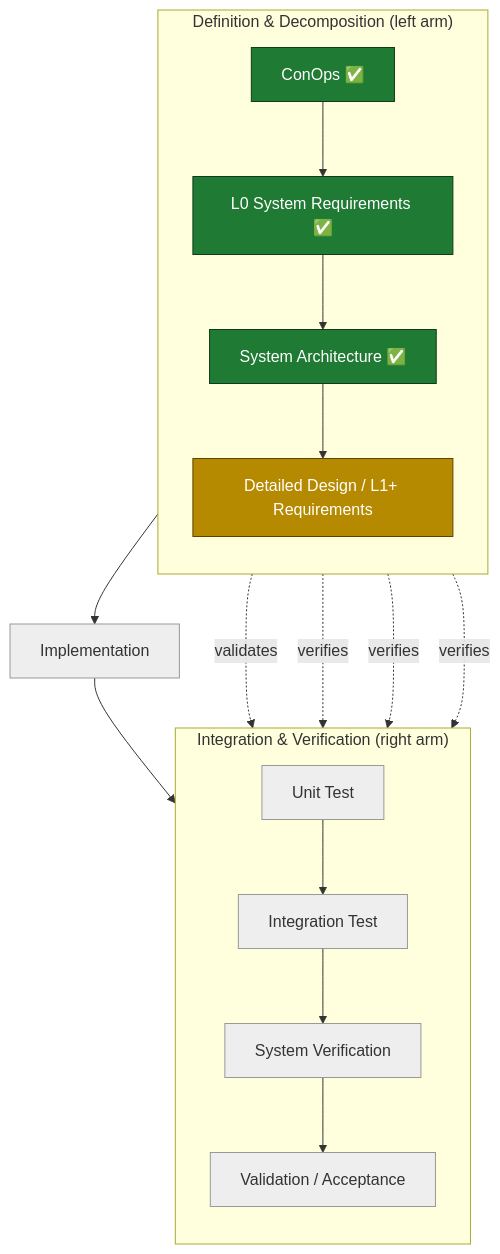
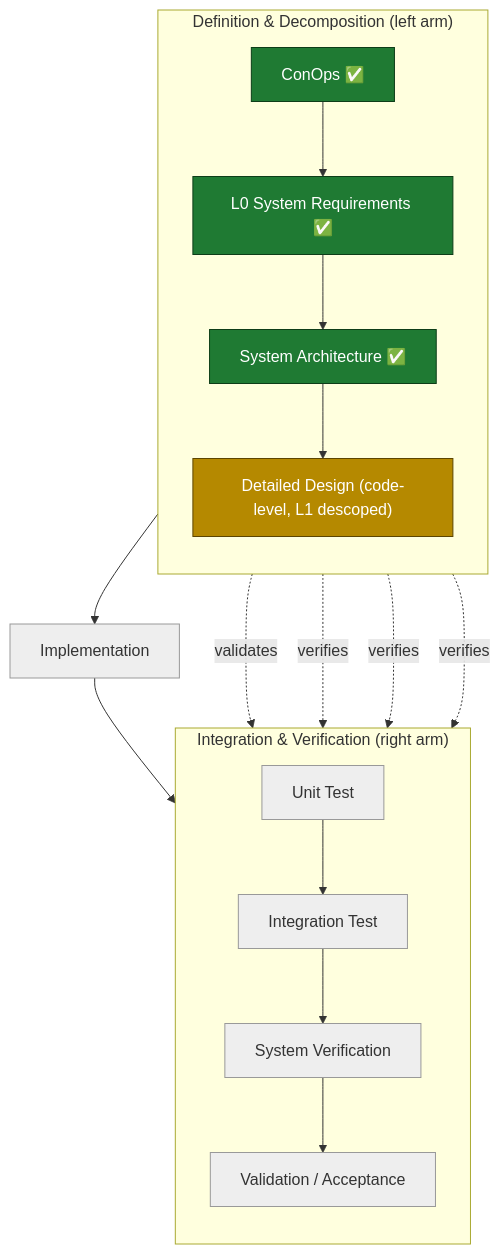
Before and after one commit to mattbdotson/LLM-UAV-Mission-Computer: the diagram in docs/v2/se_v_model.md, drawn with Mermaid. The commit also changed other lines of this file and 1 other file, not shown here.

````diff
--- a/docs/v2/se_v_model.md
+++ b/docs/v2/se_v_model.md
@@ -8,31 +8,31 @@
 ```mermaid
 flowchart TB
     subgraph LEFT["Definition &amp; Decomposition (left arm)"]
         direction TB
         A["ConOps ✅"]:::done
         B["L0 System Requirements ✅"]:::done
         C["System Architecture ✅"]:::done
-        D["Detailed Design / L1+ Requirements"]:::next
+        D["Detailed Design (code-level, L1 descoped)"]:::next
     end
 
     E["Implementation"]:::todo
 
     subgraph RIGHT["Integration &amp; Verification (right arm)"]
         direction TB
         I["Validation / Acceptance"]:::todo
         H["System Verification"]:::todo
         G["Integration Test"]:::todo
         F["Unit Test"]:::todo
     end
 
     A --> B --> C --> D --> E --> F --> G --> H --> I
 
     A -.->|"validates"| I
     B -.->|"verifies"| H
     C -.->|"verifies"| G
     D -.->|"verifies"| F
 
     classDef done fill:#1f7a33,color:#ffffff,stroke:#0d3d18;
     classDef next fill:#b58900,color:#ffffff,stroke:#5c4500;
     classDef todo fill:#eeeeee,color:#333333,stroke:#999999;
 ```
````
